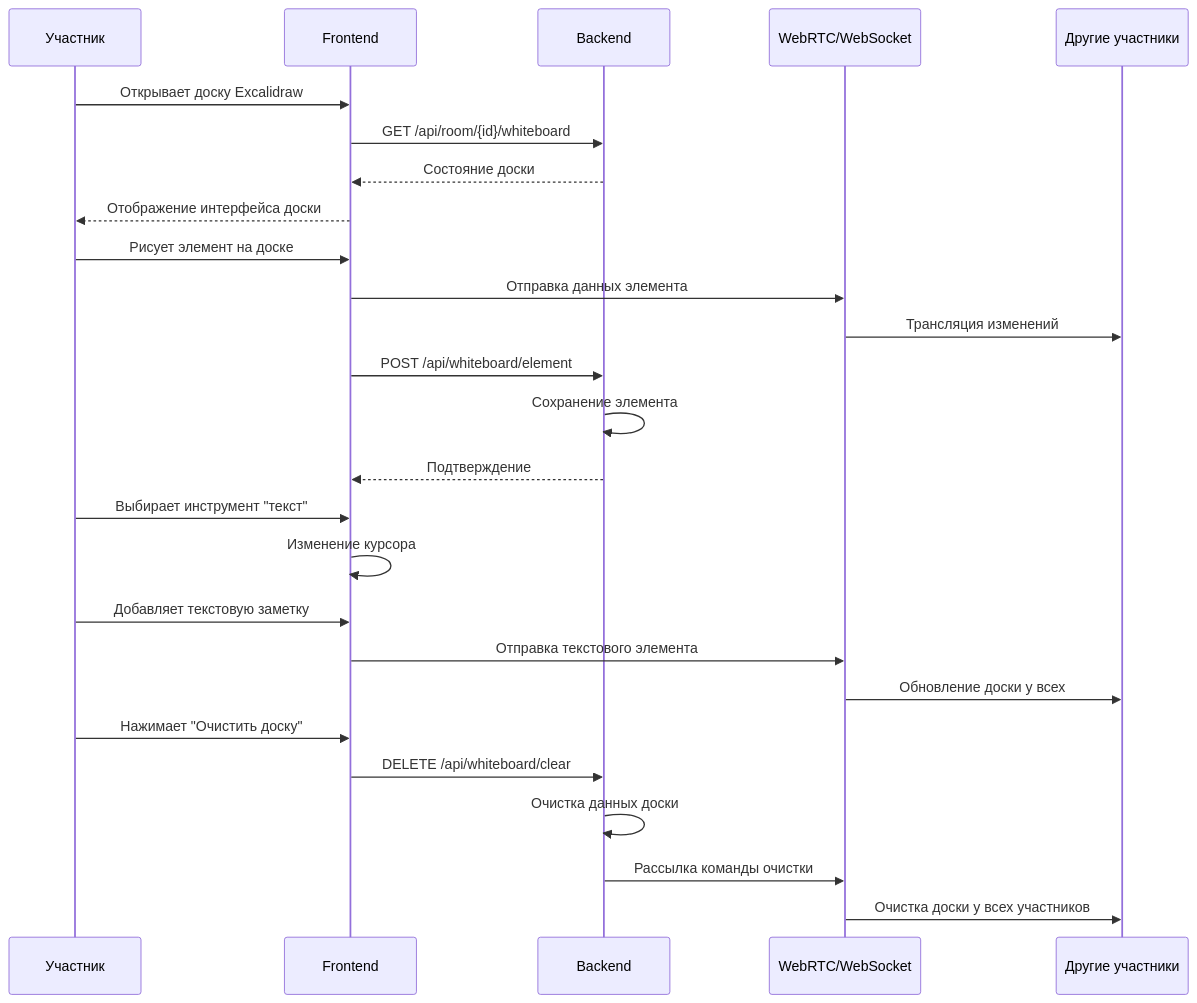
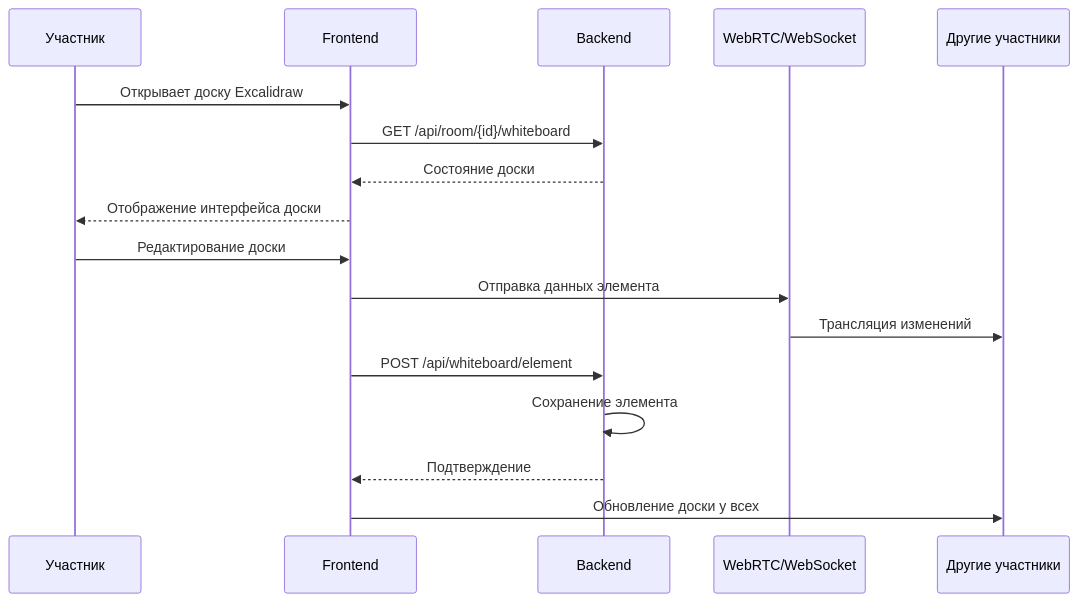
One commit to Code-Sculptors/insightroom-documentation changed the sixth of 8 diagrams in Системный анализ для проекта Insight Room.md. Above: the diagram before and after it, drawn with Mermaid. The commit also changed other lines of this file, not shown here.

Commit message:
#2 fix(системный анализ): Исправлены диаграммы последовательностей и юзкейсы

````diff
--- a/Системный анализ для проекта Insight Room.md
+++ b/Системный анализ для проекта Insight Room.md
@@ -237,32 +173,21 @@
 ```mermaid
 sequenceDiagram
     participant U as Участник
     participant F as Frontend
     participant B as Backend
     participant W as WebRTC/WebSocket
     participant O as Другие участники
 
     U->>F: Открывает доску Excalidraw
     F->>B: GET /api/room/{id}/whiteboard
     B-->>F: Состояние доски
     F-->>U: Отображение интерфейса доски
     
-    U->>F: Рисует элемент на доске
+    U->>F: Редактирование доски
     F->>W: Отправка данных элемента
     W->>O: Трансляция изменений
     F->>B: POST /api/whiteboard/element
     B->>B: Сохранение элемента
     B-->>F: Подтверждение
-    
-    U->>F: Выбирает инструмент "текст"
-    F->>F: Изменение курсора
-    U->>F: Добавляет текстовую заметку
-    F->>W: Отправка текстового элемента
-    W->>O: Обновление доски у всех
-    
-    U->>F: Нажимает "Очистить доску"
-    F->>B: DELETE /api/whiteboard/clear
-    B->>B: Очистка данных доски
-    B->>W: Рассылка команды очистки
-    W->>O: Очистка доски у всех участников
+    F->>O: Обновление доски у всех
 ```
````
